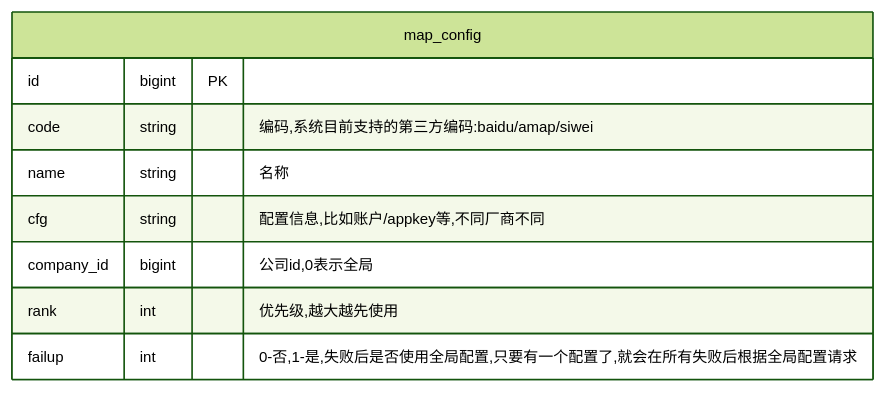
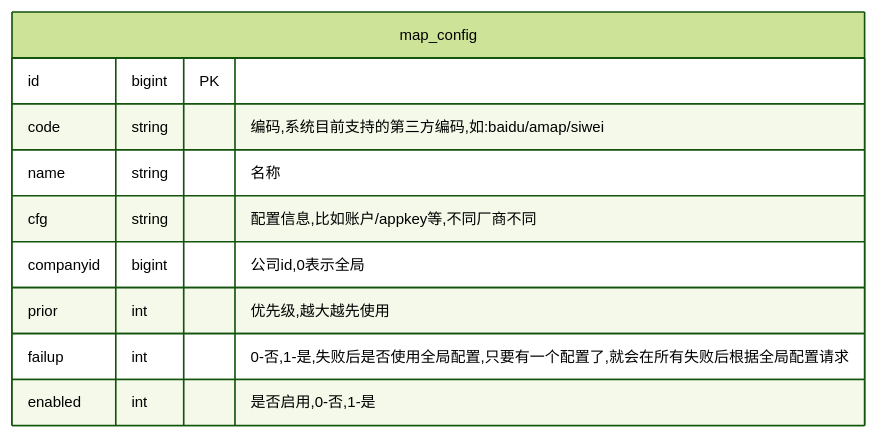
The second of 3 diagrams in tqbb/Map.md (luoyh/obsidian-sync), drawn with Mermaid before and after one commit. The commit also changed other lines of this file, not shown here.

````diff
--- a/tqbb/Map.md
+++ b/tqbb/Map.md
@@ -33,29 +39,30 @@
 ```mermaid
 %%{
     init: {
         'theme': 'forest', 
         'themeVariables': { 
             'fontSize': '12px', 
             'fontFamily': 'Consolas',  
             'primaryColor': '#BB2528', 
             'primaryTextColor': '#fff', 
             'primaryBorderColor': '#7C0000', 
             'lineColor': '#F8B229', 
             'secondaryColor': '#006100', 
             'tertiaryColor': '#fff'
         }
     }
 }%%
 
 erDiagram
     map_config {
         id bigint PK
-        code string "编码,系统目前支持的第三方编码:baidu/amap/siwei"
+        code string "编码,系统目前支持的第三方编码,如:baidu/amap/siwei"
         name string "名称"
         cfg string "配置信息,比如账户/appkey等,不同厂商不同"
-        company_id bigint "公司id,0表示全局"
-        rank int "优先级,越大越先使用"
+        companyid bigint "公司id,0表示全局"
+        prior int "优先级,越大越先使用"
         failup int "0-否,1-是,失败后是否使用全局配置,只要有一个配置了,就会在所有失败后根据全局配置请求"
+        enabled int "是否启用,0-否,1-是"
     }    
     
 ```
````
